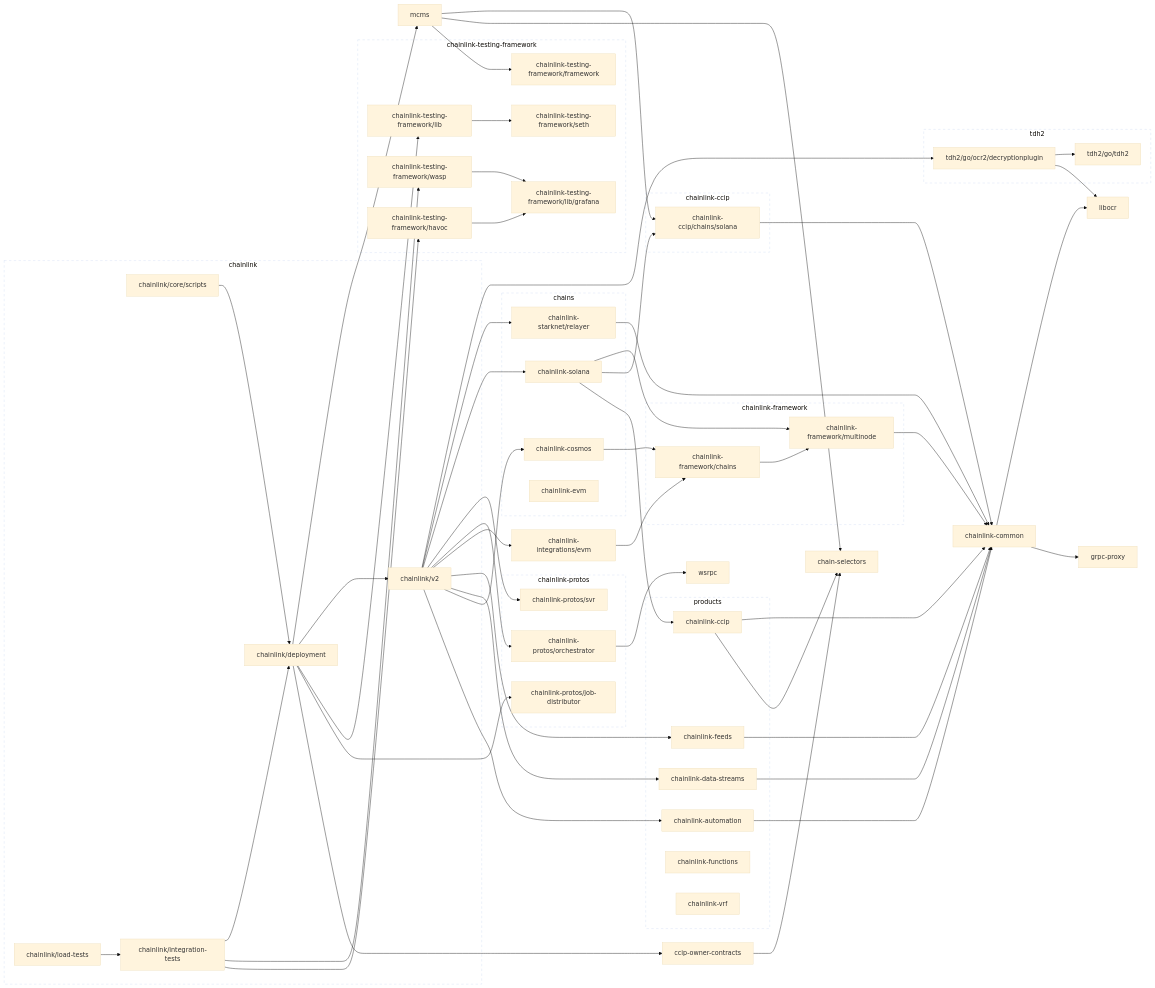
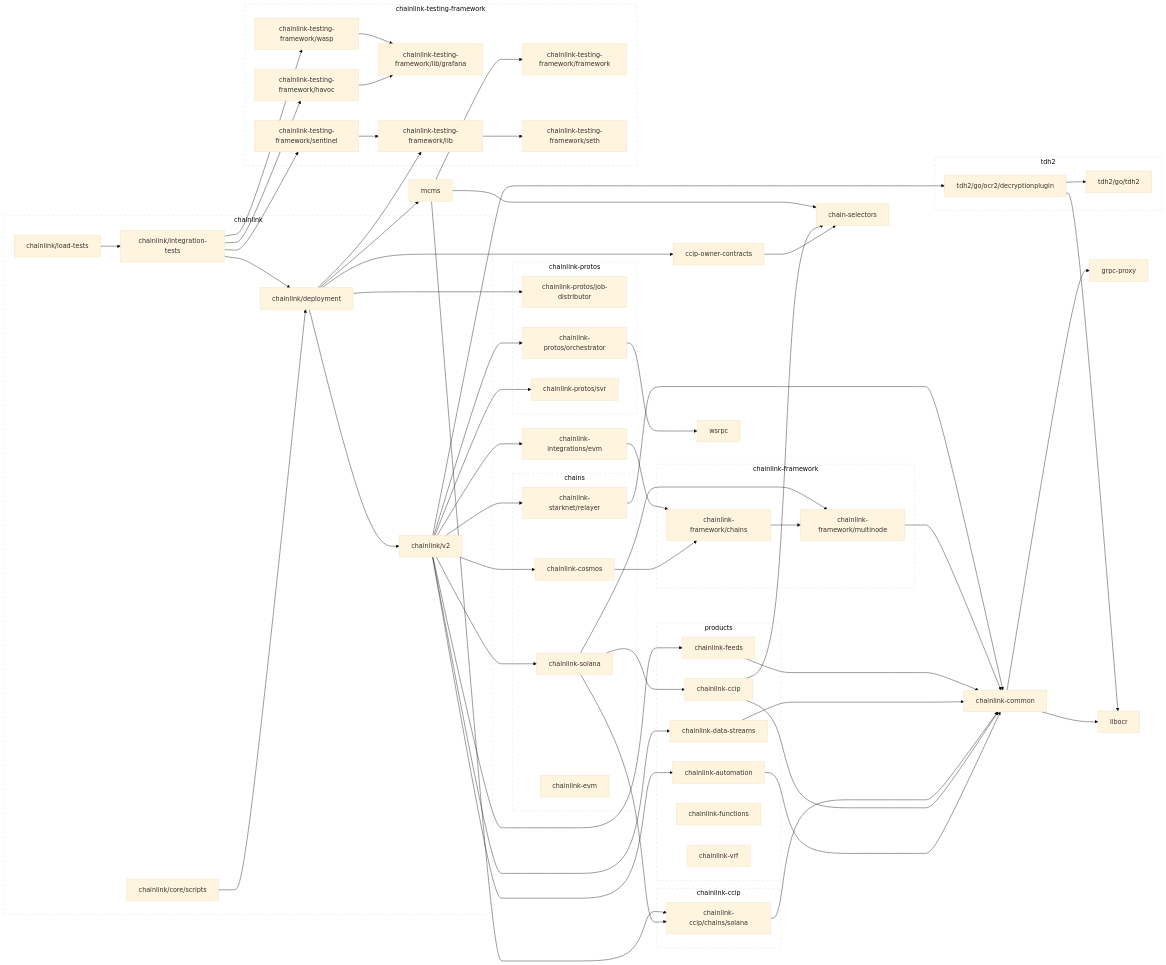
One commit to smartcontractkit/chainlink changed the second of 2 diagrams in go.md. Above: the diagram before and after it, drawn with Mermaid (base theme).

Commit message:
make modgraph

```diff
--- a/go.md
+++ b/go.md
@@ -173,6 +173,8 @@
 	click chainlink-testing-framework/lib href "https://github.com/smartcontractkit/chainlink-testing-framework"
 	chainlink-testing-framework/lib/grafana
 	click chainlink-testing-framework/lib/grafana href "https://github.com/smartcontractkit/chainlink-testing-framework"
+	chainlink-testing-framework/sentinel --> chainlink-testing-framework/lib
+	click chainlink-testing-framework/sentinel href "https://github.com/smartcontractkit/chainlink-testing-framework"
 	chainlink-testing-framework/seth
 	click chainlink-testing-framework/seth href "https://github.com/smartcontractkit/chainlink-testing-framework"
 	chainlink-testing-framework/wasp --> chainlink-testing-framework/lib/grafana
@@ -186,6 +188,7 @@
 	chainlink/deployment --> mcms
 	click chainlink/deployment href "https://github.com/smartcontractkit/chainlink"
 	chainlink/integration-tests --> chainlink-testing-framework/havoc
+	chainlink/integration-tests --> chainlink-testing-framework/sentinel
 	chainlink/integration-tests --> chainlink-testing-framework/wasp
 	chainlink/integration-tests --> chainlink/deployment
 	click chainlink/integration-tests href "https://github.com/smartcontractkit/chainlink"
@@ -251,6 +254,7 @@
 		 chainlink-testing-framework/havoc
 		 chainlink-testing-framework/lib
 		 chainlink-testing-framework/lib/grafana
+		 chainlink-testing-framework/sentinel
 		 chainlink-testing-framework/seth
 		 chainlink-testing-framework/wasp
 	end
```
